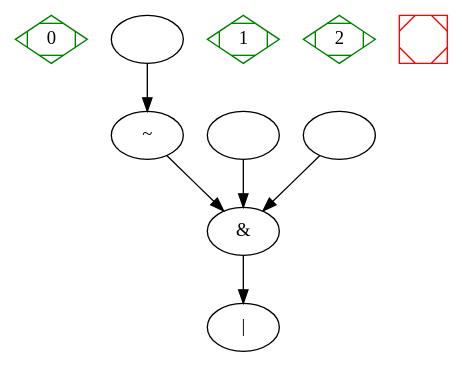
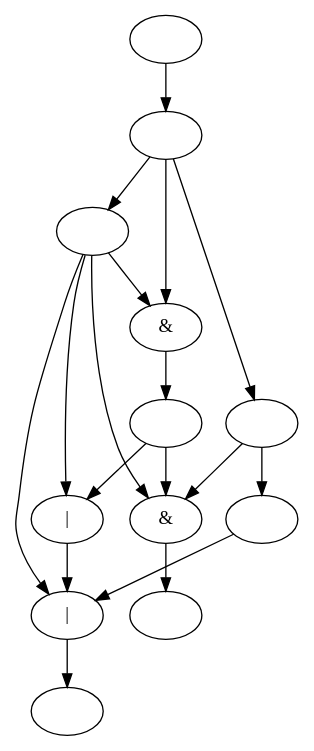
The diagram in Open_digraph.dot (Livarg/Projet2-IM), drawn with Graphviz before and after one commit. The commit also changed 7 other files, not shown here.

```diff
--- a/Open_digraph.dot
+++ b/Open_digraph.dot
@@ -1,23 +1,33 @@
 digraph G { 
 
-    0[label = "0"]; 
-    0[shape = Mdiamond, color = green];
-    1->11;
-    1[label = ""]; 
-    2[label = "1"]; 
-    2[shape = Mdiamond, color = green];
-    3->10;
+    0->9;
+    0[label = "&"]; 
+    1->10;
+    1[label = "|"]; 
+    2->1;
+    2[label = "|"]; 
+    3->1;
     3[label = ""]; 
-    4[label = "2"]; 
-    4[shape = Mdiamond, color = green];
-    5->10;
-    5[label = ""]; 
+    4->0;
+    4->3;
+    4[label = ""]; 
+    5->11;
+    5[label = "&"]; 
+    6->0;
+    6->1;
+    6->2;
+    6->5;
+    6[label = ""]; 
+    7->4;
+    7->5;
+    7->6;
+    7[label = ""]; 
+    8->7;
     8[label = ""]; 
-    8[shape = Msquare, color = red];
-    9[label = "|"]; 
-    10->9;
-    10[label = "&"]; 
-    11->10;
-    11[label = "~"]; 
+    9[label = ""]; 
+    10[label = ""]; 
+    11->0;
+    11->2;
+    11[label = ""]; 
 
 }
```
